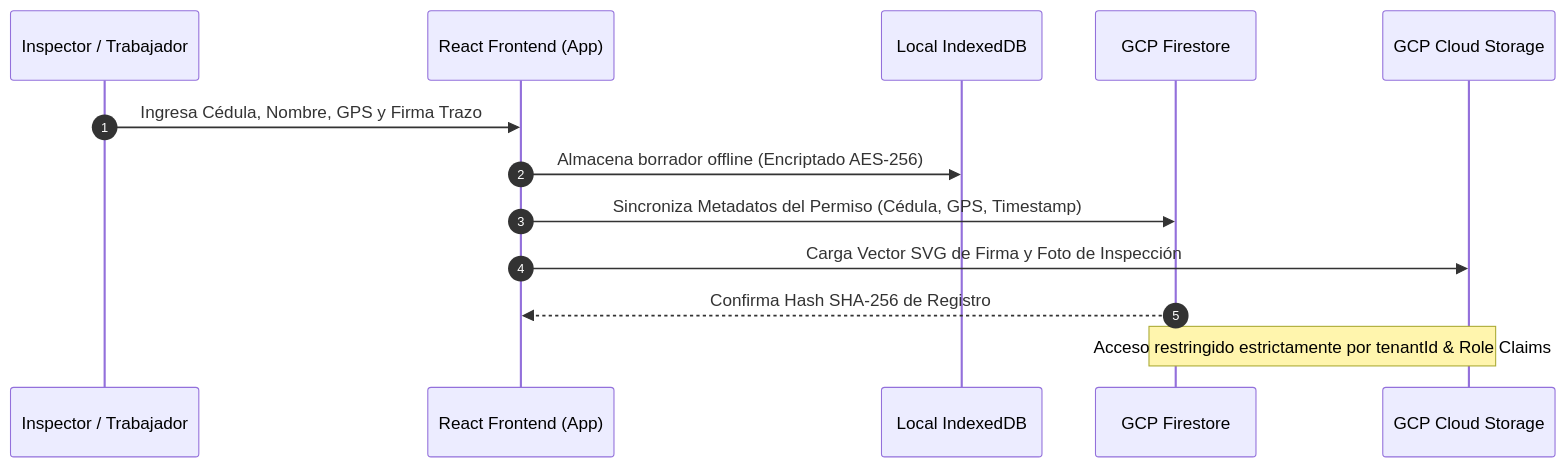
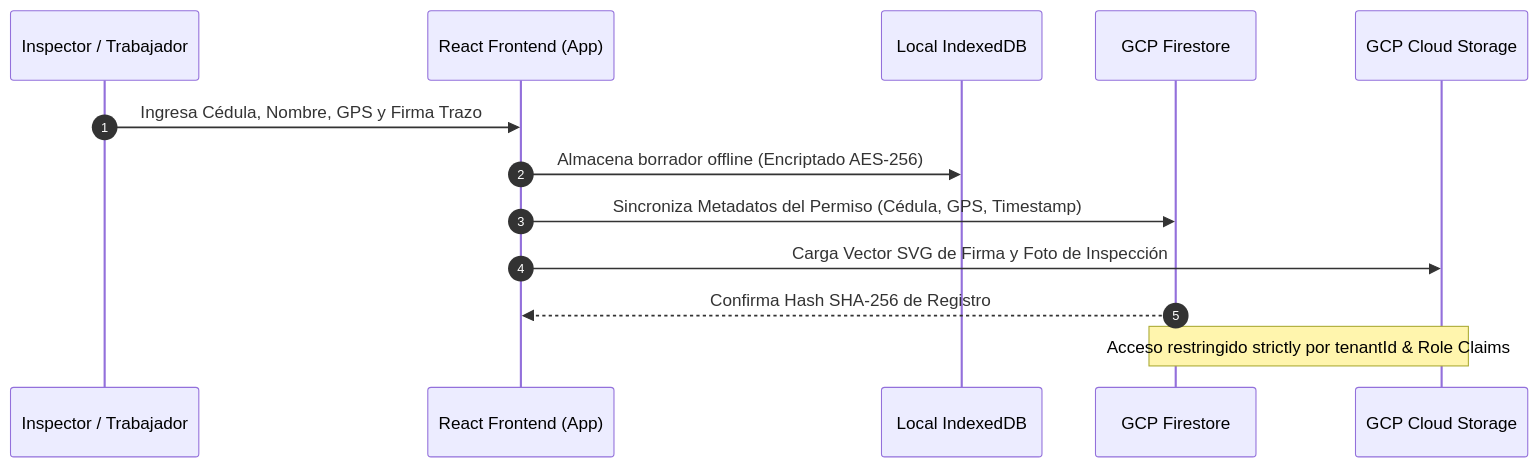
One commit to wolvesglobalsolutionsgroup-rgb/Industrial-360-App-GAIS changed the second of 2 diagrams in docs/security/CYBER-GAP-ANALYSIS-V2.md. Above: the diagram before and after it, drawn with Mermaid. The commit also changed 32 other files, not shown here.

````diff
--- a/docs/security/CYBER-GAP-ANALYSIS-V2.md
+++ b/docs/security/CYBER-GAP-ANALYSIS-V2.md
@@ -97,16 +97,16 @@
 ```mermaid
 sequenceDiagram
     autonumber
     participant U as Inspector / Trabajador
     participant App as React Frontend (App)
     participant IDB as Local IndexedDB
     participant FS as GCP Firestore
     participant ST as GCP Cloud Storage
 
     U->>App: Ingresa Cédula, Nombre, GPS y Firma Trazo
     App->>IDB: Almacena borrador offline (Encriptado AES-256)
     App->>FS: Sincroniza Metadatos del Permiso (Cédula, GPS, Timestamp)
     App->>ST: Carga Vector SVG de Firma y Foto de Inspección
     FS-->>App: Confirma Hash SHA-256 de Registro
-    Note over FS,ST: Acceso restringido estrictamente por tenantId & Role Claims
+    Note over FS,ST: Acceso restringido strictly por tenantId & Role Claims
 ```
````
